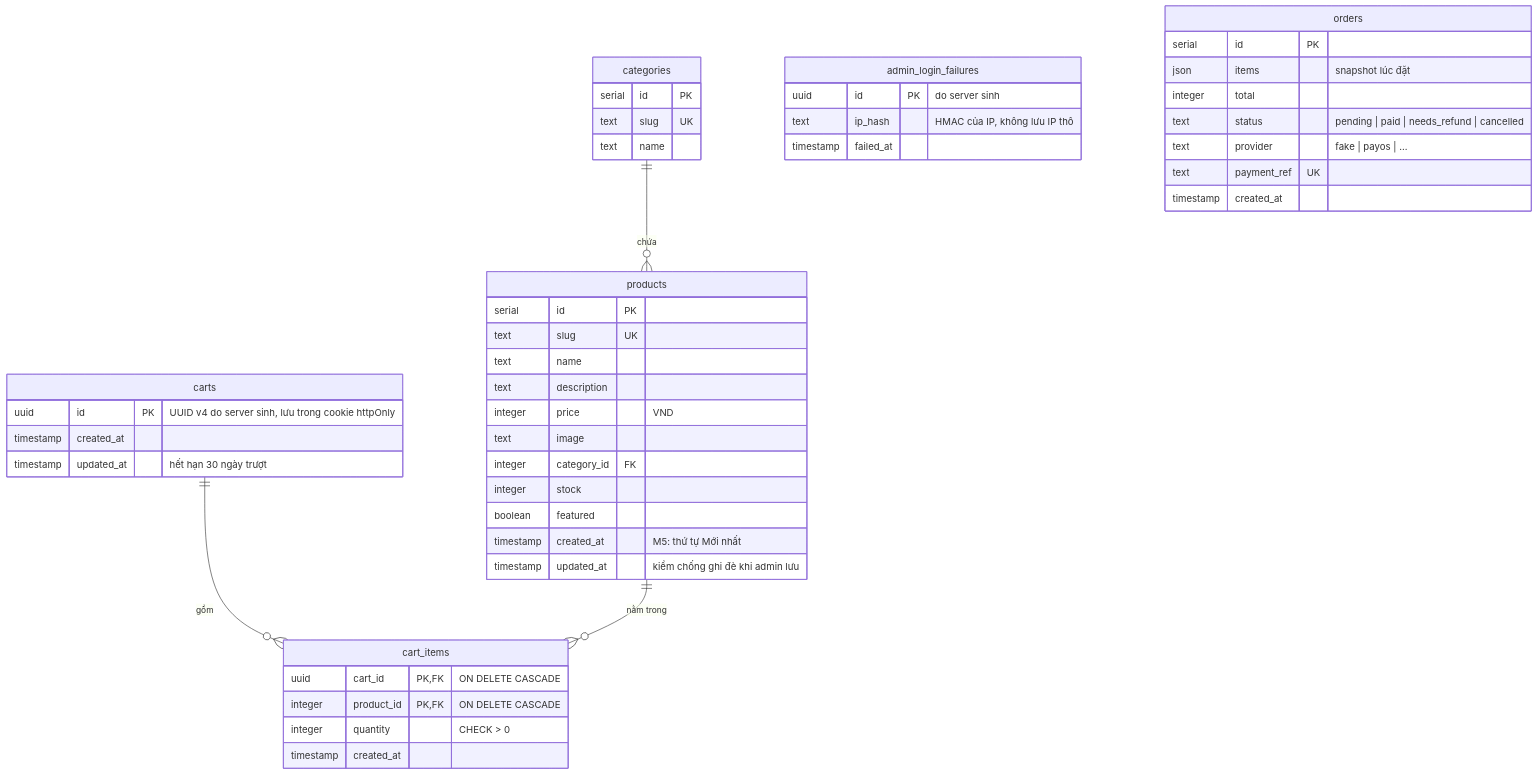
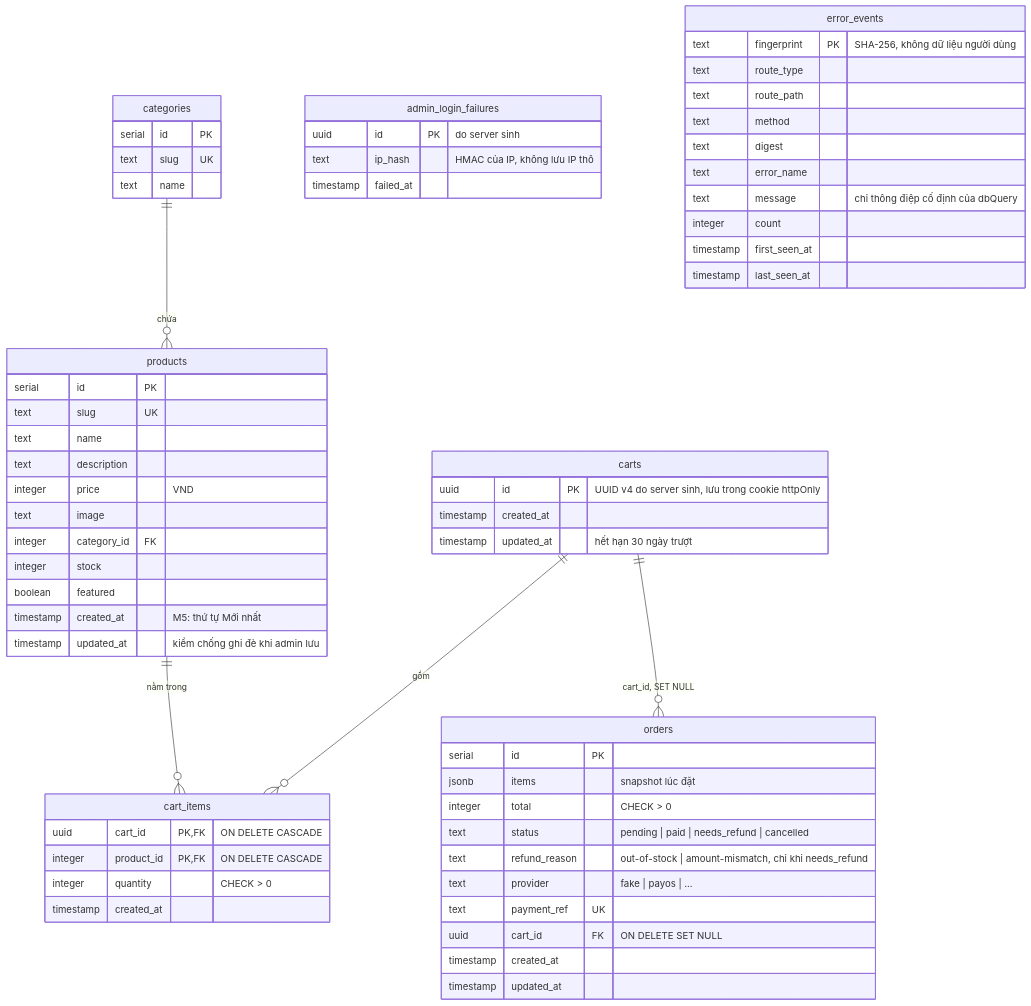
The fifth of 6 diagrams in docs/architecture.md (chinhpham208/next-store), drawn with Mermaid before and after one commit. The commit also changed other lines of this file and 11 other files, not shown here.

````diff
--- a/docs/architecture.md
+++ b/docs/architecture.md
@@ -113,50 +123,66 @@
 ```mermaid
 erDiagram
   categories ||--o{ products : "chứa"
   carts ||--o{ cart_items : "gồm"
   products ||--o{ cart_items : "nằm trong"
+  carts ||--o{ orders : "cart_id, SET NULL"
 
   categories {
     serial id PK
     text slug UK
     text name
   }
   products {
     serial id PK
     text slug UK
     text name
     text description
     integer price "VND"
     text image
     integer category_id FK
     integer stock
     boolean featured
     timestamp created_at "M5: thứ tự Mới nhất"
     timestamp updated_at "kiểm chống ghi đè khi admin lưu"
   }
   admin_login_failures {
     uuid id PK "do server sinh"
     text ip_hash "HMAC của IP, không lưu IP thô"
     timestamp failed_at
   }
   carts {
     uuid id PK "UUID v4 do server sinh, lưu trong cookie httpOnly"
     timestamp created_at
     timestamp updated_at "hết hạn 30 ngày trượt"
   }
   cart_items {
     uuid cart_id PK, FK "ON DELETE CASCADE"
     integer product_id PK, FK "ON DELETE CASCADE"
     integer quantity "CHECK > 0"
     timestamp created_at
   }
   orders {
     serial id PK
-    json items "snapshot lúc đặt"
-    integer total
+    jsonb items "snapshot lúc đặt"
+    integer total "CHECK > 0"
     text status "pending | paid | needs_refund | cancelled"
+    text refund_reason "out-of-stock | amount-mismatch, chỉ khi needs_refund"
     text provider "fake | payos | ..."
     text payment_ref UK
+    uuid cart_id FK "ON DELETE SET NULL"
     timestamp created_at
+    timestamp updated_at
+  }
+  error_events {
+    text fingerprint PK "SHA-256, không dữ liệu người dùng"
+    text route_type
+    text route_path
+    text method
+    text digest
+    text error_name
+    text message "chỉ thông điệp cố định của dbQuery"
+    integer count
+    timestamp first_seen_at
+    timestamp last_seen_at
   }
 ```
````
